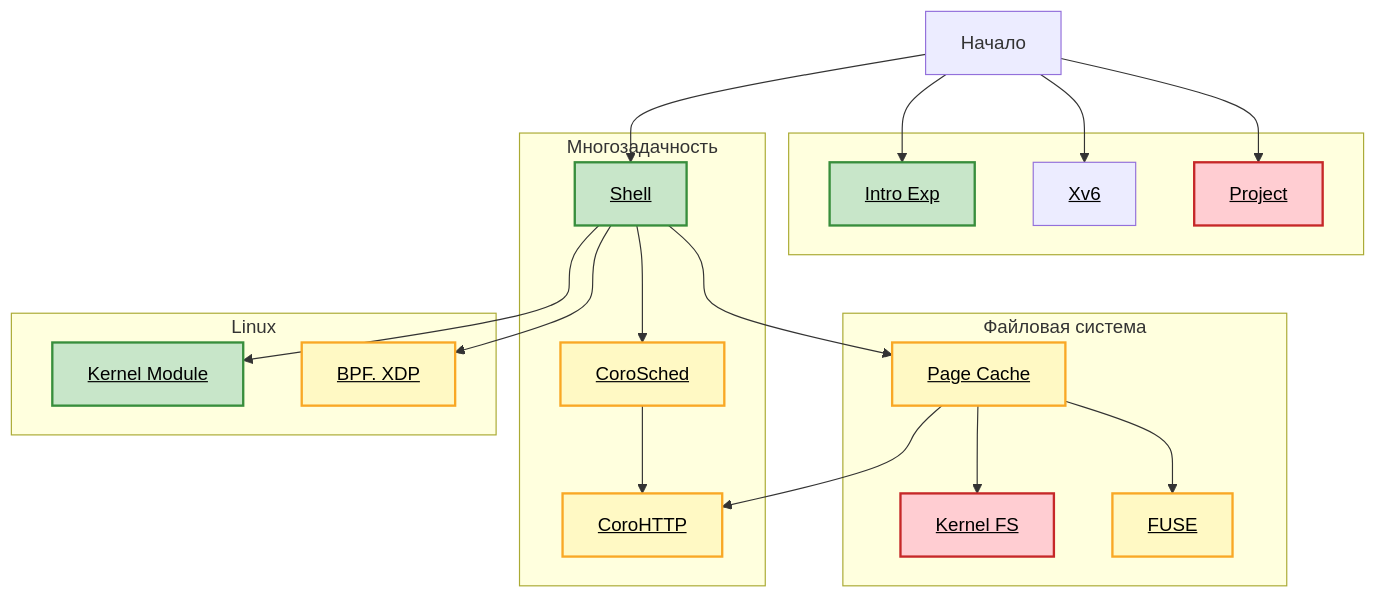
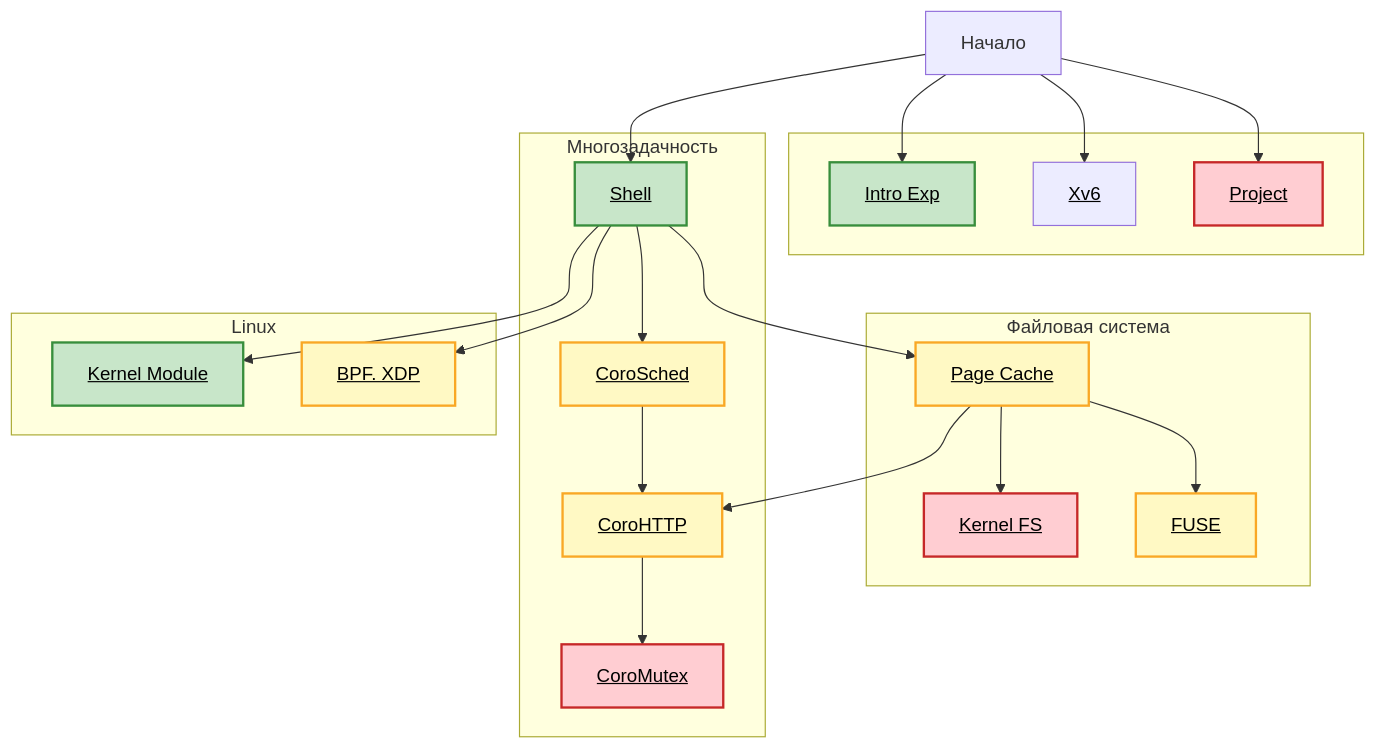
One commit to secs-dev/os-course changed the diagram in README.md. Above: the diagram before and after it, drawn with Mermaid.

````diff
--- a/README.md
+++ b/README.md
@@ -23,56 +23,59 @@
 ```mermaid
 graph TD
     start["Начало"]
 
     subgraph other [" "]
         intro_exp["<a href='https://github.com/secs-dev/os-course/blob/main/lab/intro-exp/README.md' style='color:black;'>Intro Exp</a>"]
         xv6["<a href='https://github.com/secs-dev/xv6-riscv' style='color:black;'>Xv6</a>"]
         project["<a href='https://github.com/secs-dev/os-course/blob/main/lab/project/README.md' style='color:black;'>Project</a>"]
     end
 
     subgraph fs ["Файловая система"]
         vtpc["<a href='https://github.com/secs-dev/os-course/blob/main/lab/vtpc/README.md' style='color:black;'>Page Cache</a>"]
         vtfs["<a href='https://github.com/secs-dev/os-course/blob/main/lab/vtfs/README.md' style='color:black;'>Kernel FS</a>"]
         fuse["<a href='https://github.com/secs-dev/os-course/blob/main/lab/fuse/README.md' style='color:black;'>FUSE</a>"]
     end
 
     subgraph mp ["Многозадачность"]
         vtsh["<a href='https://github.com/secs-dev/os-course/blob/main/lab/vtsh/README.md' style='color:black;'>Shell</a>"]
         corosched["<a href='https://github.com/secs-dev/os-course/blob/main/lab/corosched/README.md' style='color:black;'>CoroSched</a>"]
         corohttp["<a href='https://github.com/secs-dev/os-course/blob/main/lab/corohttp/README.md' style='color:black;'>CoroHTTP</a>"]
+        coromutex["<a href='https://github.com/secs-dev/os-course/blob/main/lab/coromutex/README.md' style='color:black;'>CoroMutex</a>"]
     end
 
     subgraph linux ["Linux"]
         vtkm["<a href='https://github.com/secs-dev/os-course/blob/main/lab/vtkm/README.md' style='color:black;'>Kernel Module</a>"]
         bpf_xdp["<a href='https://github.com/secs-dev/os-course/blob/main/lab/bpf-xdp/README.md' style='color:black;'>BPF. XDP</a>"]
     end
 
     start --> intro_exp
     start --> xv6
     start --> project
     start --> vtsh
     vtsh --> vtpc
     vtsh --> vtkm
     vtpc --> vtfs
     vtpc --> fuse
     vtsh --> corosched
     vtpc --> corohttp
     corosched --> corohttp
+    corohttp --> coromutex
     vtsh --> bpf_xdp
 
     classDef free fill:#eceff1,stroke:#607d8b,stroke-width:2px,color:#37474f
     classDef easy fill:#c8e6c9,stroke:#388e3c,stroke-width:2px,color:#1b5e20
     classDef medium fill:#fff9c4,stroke:#f9a825,stroke-width:2px,color:#f57f17
     classDef hard fill:#ffcdd2,stroke:#c62828,stroke-width:2px,color:#b71c1c
 
     class intro_exp easy
     class project hard
     class vtsh easy
     class vtpc medium
     class vtkm easy
     class vtfs hard
     class fuse medium
     class corosched medium
     class corohttp medium
+    class coromutex hard
     class bpf_xdp medium
 ```
````
